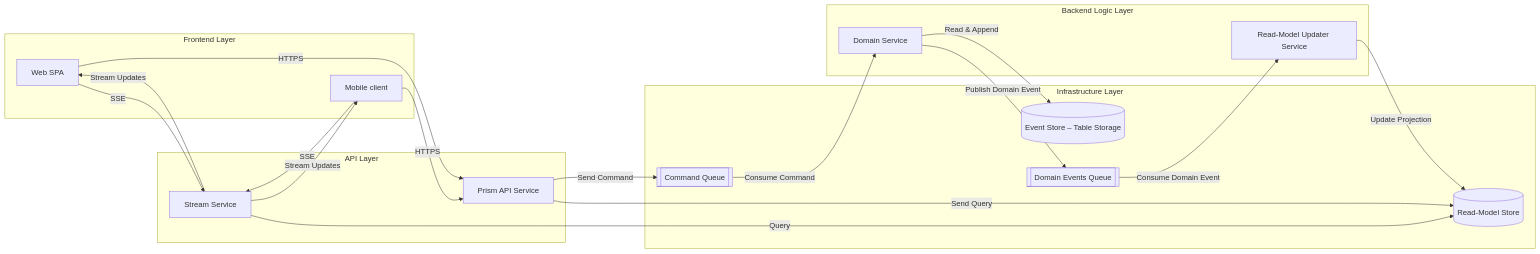
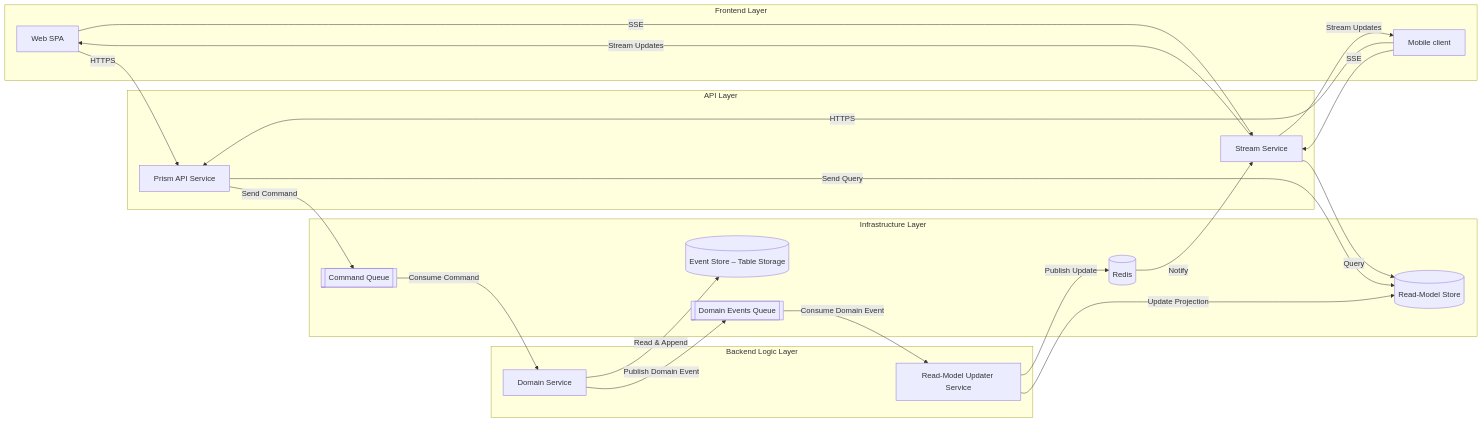
Before and after one commit to MisterVVP/prism-plan: the diagram in docs/es_design.md, drawn with Mermaid. The commit also changed 5 other files, not shown here.

````diff
--- a/docs/es_design.md
+++ b/docs/es_design.md
@@ -9,44 +9,47 @@
 ```mermaid
 flowchart LR
   %% ─── Frontend ───────────────────
   subgraph FE_LAYER ["Frontend Layer"]
     WFE[Web SPA]
     MFE[Mobile client]
   end
 
   %% ─── API ────────────────────────
   subgraph API_LAYER ["API Layer"]
     API[Prism API Service]
     SS[Stream Service]
   end
 
   %% ─── Backend Logic ──────────────
   subgraph BL_LAYER ["Backend Logic Layer"]
     DS[Domain Service]
     RMU[Read-Model Updater Service]
   end
 
   %% ─── Infrastructure ────────────
   subgraph INFRA_LAYER ["Infrastructure Layer"]
     CQ[[Command Queue]]
     ES[(Event Store – Table Storage)]
     DEQ[[Domain Events Queue]]
     RM[(Read-Model Store)]
+    RS[(Redis)]
   end
 
   %% ─── Flows ─────────────────────
   MFE -->|HTTPS| API
   WFE -->|HTTPS| API
   MFE -->|SSE| SS
   WFE -->|SSE| SS
   SS -->|Stream Updates| MFE
   SS -->|Stream Updates| WFE
   SS -->|Query| RM
+  RMU -->|Publish Update| RS
+  RS -->|Notify| SS
   API -->|Send Query| RM
   API -->|Send Command| CQ
   CQ -->|Consume Command| DS
   DS -->|Read &amp; Append| ES
   DS -->|Publish Domain Event| DEQ
   DEQ -->|Consume Domain Event| RMU
   RMU -->|Update Projection| RM
 ```
````
